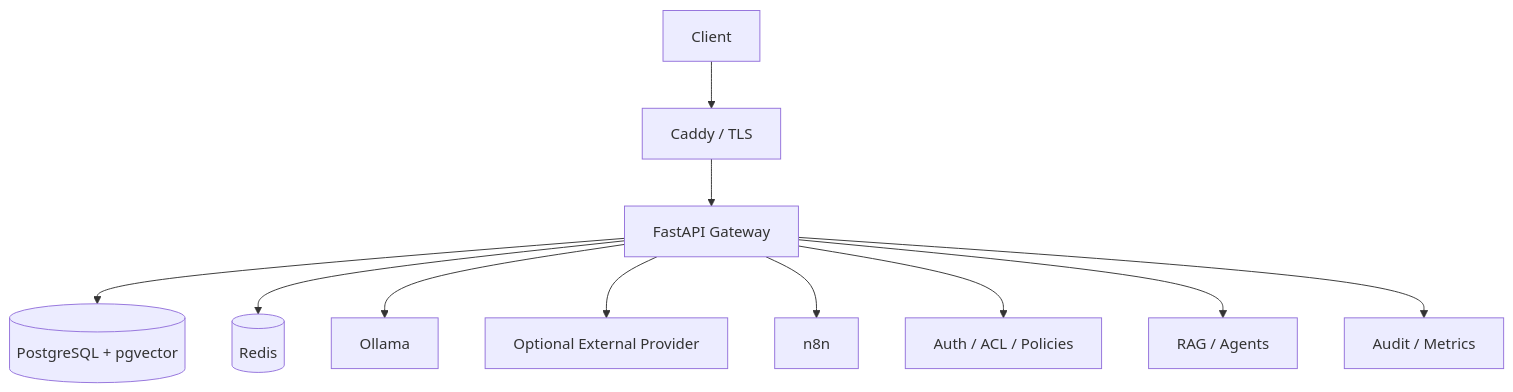
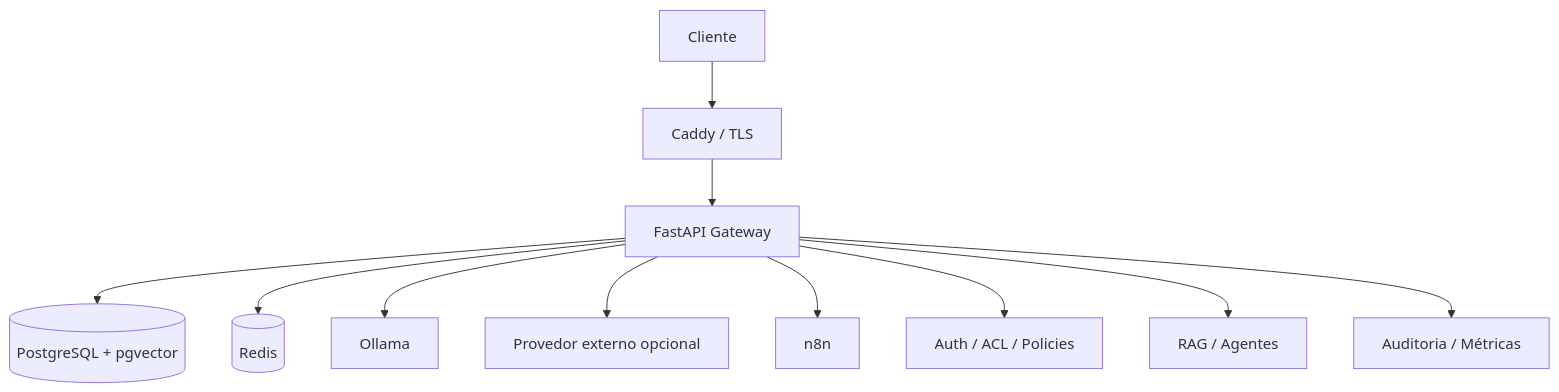
Before and after one commit to waldirevora/ai-enterprise-lab: the diagram in README.md, drawn with Mermaid. The commit also changed other lines of this file and 1 other file, not shown here.

````diff
--- a/README.md
+++ b/README.md
@@ -35,13 +37,13 @@
 ```mermaid
 flowchart TD
-    U[Client] --> C[Caddy / TLS]
+    U[Cliente] --> C[Caddy / TLS]
     C --> A[FastAPI Gateway]
     A --> PG[(PostgreSQL + pgvector)]
     A --> R[(Redis)]
     A --> O[Ollama]
-    A --> E[Optional External Provider]
+    A --> E[Provedor externo opcional]
     A --> N[n8n]
     A --> X[Auth / ACL / Policies]
-    A --> G[RAG / Agents]
-    A --> M[Audit / Metrics]
+    A --> G[RAG / Agentes]
+    A --> M[Auditoria / Métricas]
 ```
````
